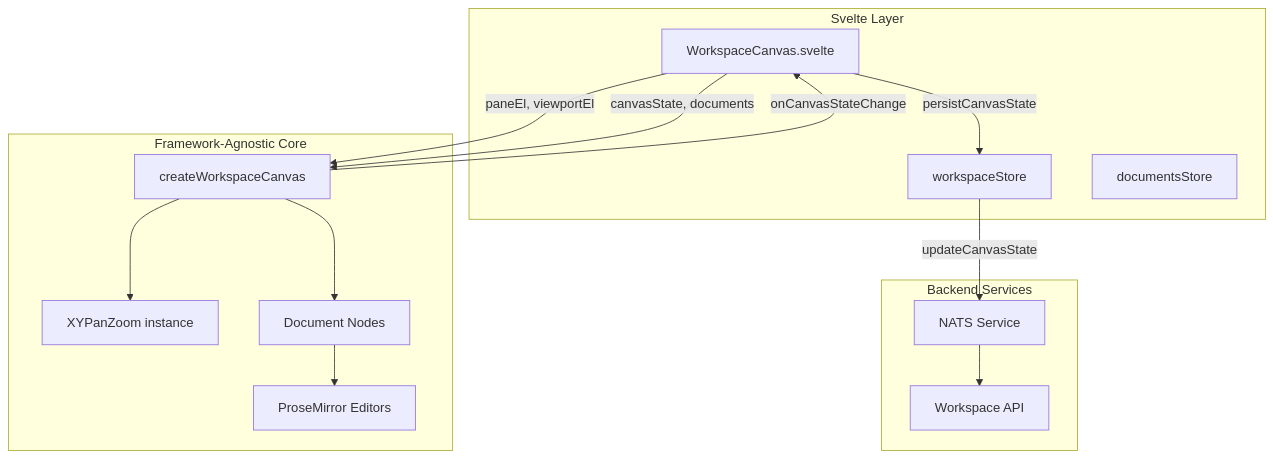
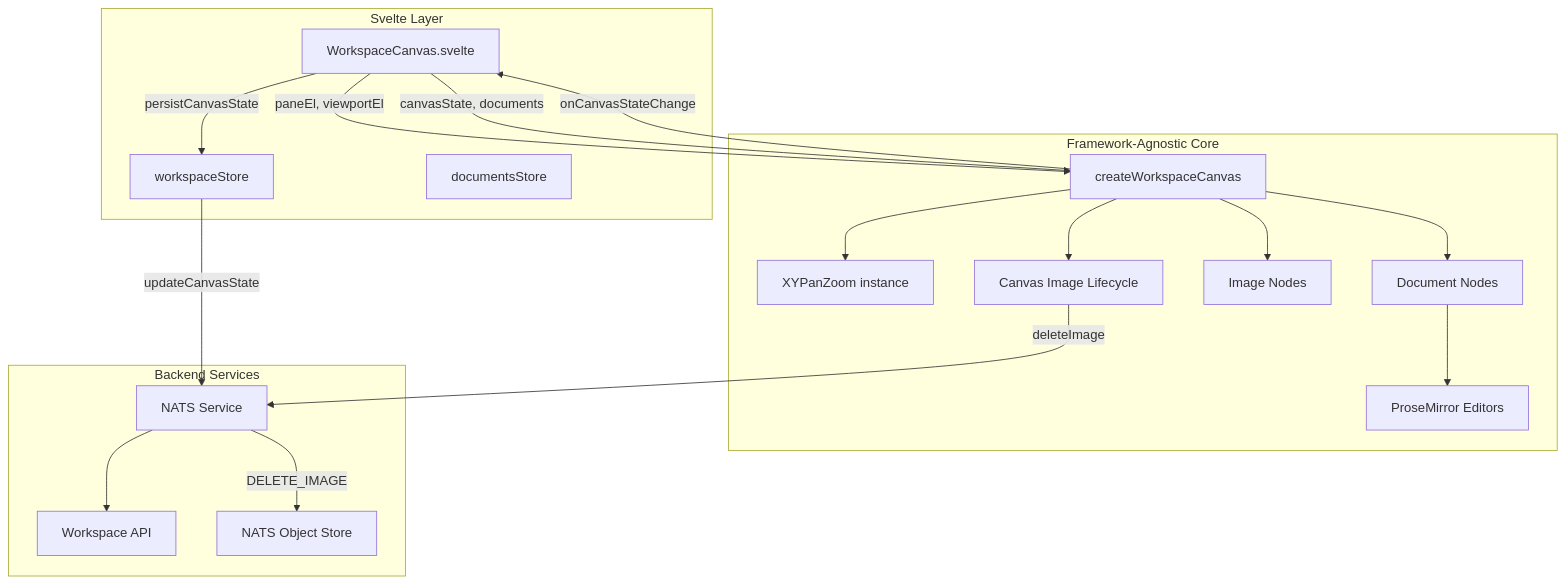
The first of 2 diagrams in services/web-ui/src/infographics/workspace/README.md (Lixpi/lixpi), drawn with Mermaid before and after one commit. The commit also changed other lines of this file and 9 other files, not shown here.

````diff
--- a/services/web-ui/src/infographics/workspace/README.md
+++ b/services/web-ui/src/infographics/workspace/README.md
@@ -19,31 +33,38 @@
 ```mermaid
 flowchart TB
     subgraph Svelte["Svelte Layer"]
         WC[WorkspaceCanvas.svelte]
         WS[workspaceStore]
         DS[documentsStore]
     end
 
     subgraph Core["Framework-Agnostic Core"]
         CC[createWorkspaceCanvas]
         PZ[XYPanZoom instance]
         DN[Document Nodes]
+        IN[Image Nodes]
         PM[ProseMirror Editors]
+        IL[Canvas Image Lifecycle]
     end
 
     subgraph Backend["Backend Services"]
         NS[NATS Service]
         API[Workspace API]
+        OBJ[NATS Object Store]
     end
 
     WC -->|"paneEl, viewportEl"| CC
     WC -->|"canvasState, documents"| CC
     CC -->|"onCanvasStateChange"| WC
     WC -->|"persistCanvasState"| WS
     WS -->|"updateCanvasState"| NS
     NS --> API
 
     CC --> PZ
     CC --> DN
+    CC --> IN
     DN --> PM
+    CC --> IL
+    IL -->|"deleteImage"| NS
+    NS -->|"DELETE_IMAGE"| OBJ
 ```
````
